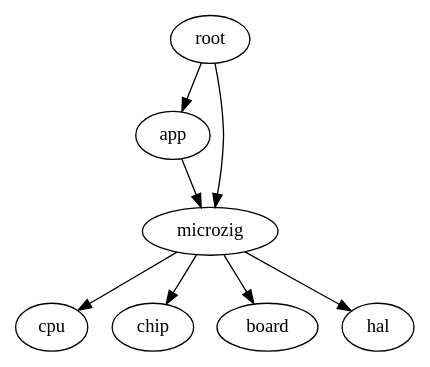
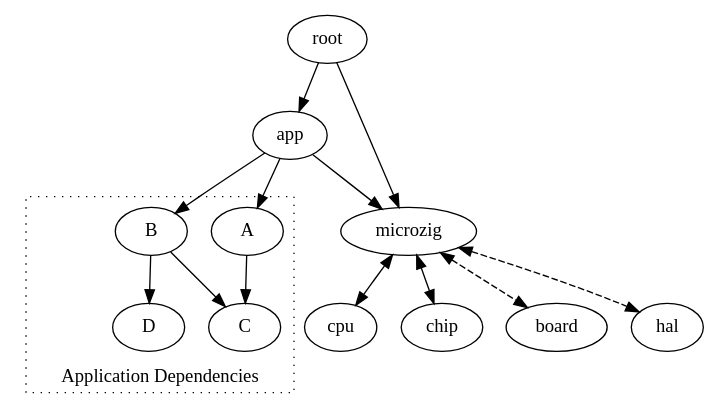
The diagram in docs/images/deps.dot (ZigEmbeddedGroup/microzig), drawn with Graphviz before and after one commit. The commit also changed 1 other file, not shown here.

```diff
--- a/docs/images/deps.dot
+++ b/docs/images/deps.dot
@@ -1,11 +1,22 @@
 digraph {
     root -> app
     root -> microzig
 
     app -> microzig
+    app -> A
+    app -> B
 
-    microzig -> cpu
-    microzig -> chip
-    microzig -> board
-    microzig -> hal
+    subgraph cluster_0 {
+            style="dotted"
+            graph [labelloc=b]
+            A -> C
+            B -> C
+            B -> D
+            label = "Application Dependencies";
+    }
+
+    microzig -> cpu [dir="both"]
+    microzig -> chip [dir="both"]
+    microzig -> board [dir="both", style="dashed"]
+    microzig -> hal [dir="both", style="dashed"]
 }
```
